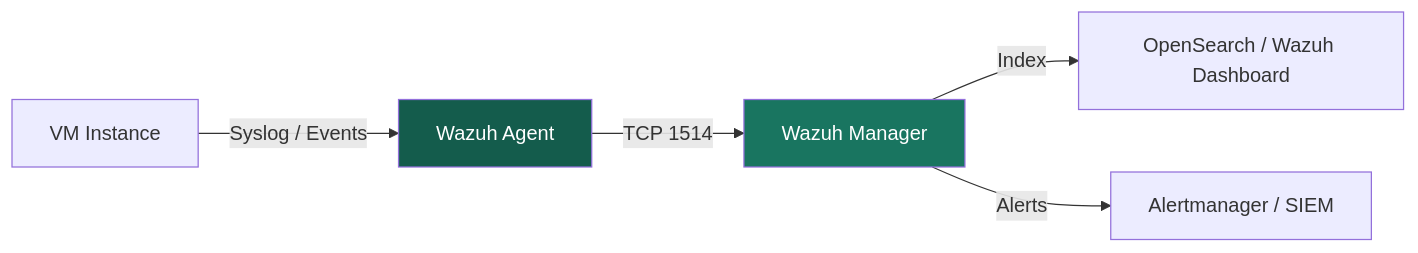
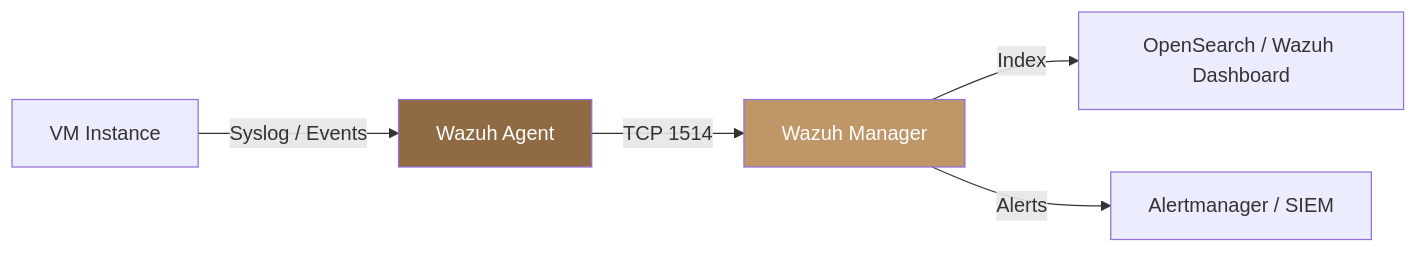
One commit to ankur-kumar87/docs-polystack changed the diagram in security/wazuh.mdx. Above: the diagram before and after it, drawn with Mermaid. The commit also changed other lines of this file and 395 other files, not shown here.

````diff
--- a/security/wazuh.mdx
+++ b/security/wazuh.mdx
@@ -30,9 +30,9 @@
 ```mermaid
 graph LR
     A[VM Instance] -->|Syslog / Events| W[Wazuh Agent]
     W -->|TCP 1514| M[Wazuh Manager]
     M -->|Index| E[OpenSearch / Wazuh Dashboard]
     M -->|Alerts| AL[Alertmanager / SIEM]
-    style M fill:#197560,color:#fff
-    style W fill:#145C4C,color:#fff
+    style M fill:#bf9667,color:#fff
+    style W fill:#8f6a43,color:#fff
 ```
````
